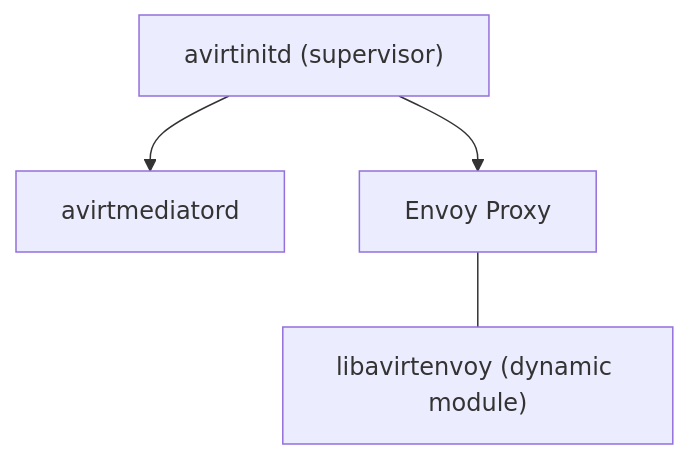
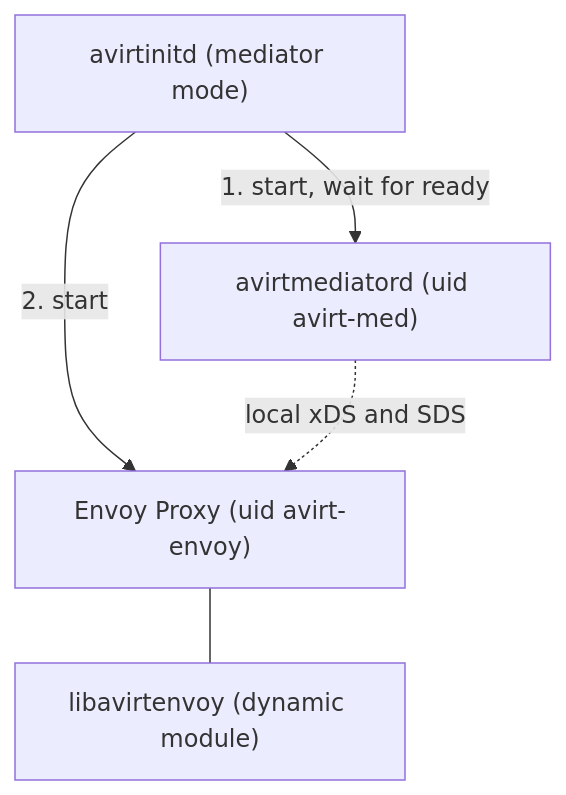
One commit to tbhb-dev/avirt changed the second of 5 diagrams in docs/components.md. Above: the diagram before and after it, drawn with Mermaid. The commit also changed other lines of this file and 32 other files, not shown here.

First line of the commit message:
docs: plan the avirt component architecture and workspaces

````diff
--- a/docs/components.md
+++ b/docs/components.md
@@ -87,10 +212,11 @@
 ```mermaid
 flowchart TD
-    init["avirtinitd (supervisor)"]
-    med["avirtmediatord"]
-    envoy["Envoy Proxy"]
+    init["avirtinitd (mediator mode)"]
+    med["avirtmediatord (uid avirt-med)"]
+    envoy["Envoy Proxy (uid avirt-envoy)"]
     lib["libavirtenvoy (dynamic module)"]
-    init --> med
-    init --> envoy
+    init -->|"1. start, wait for ready"| med
+    init -->|"2. start"| envoy
+    med -.->|"local xDS and SDS"| envoy
     envoy --- lib
 ```
````
